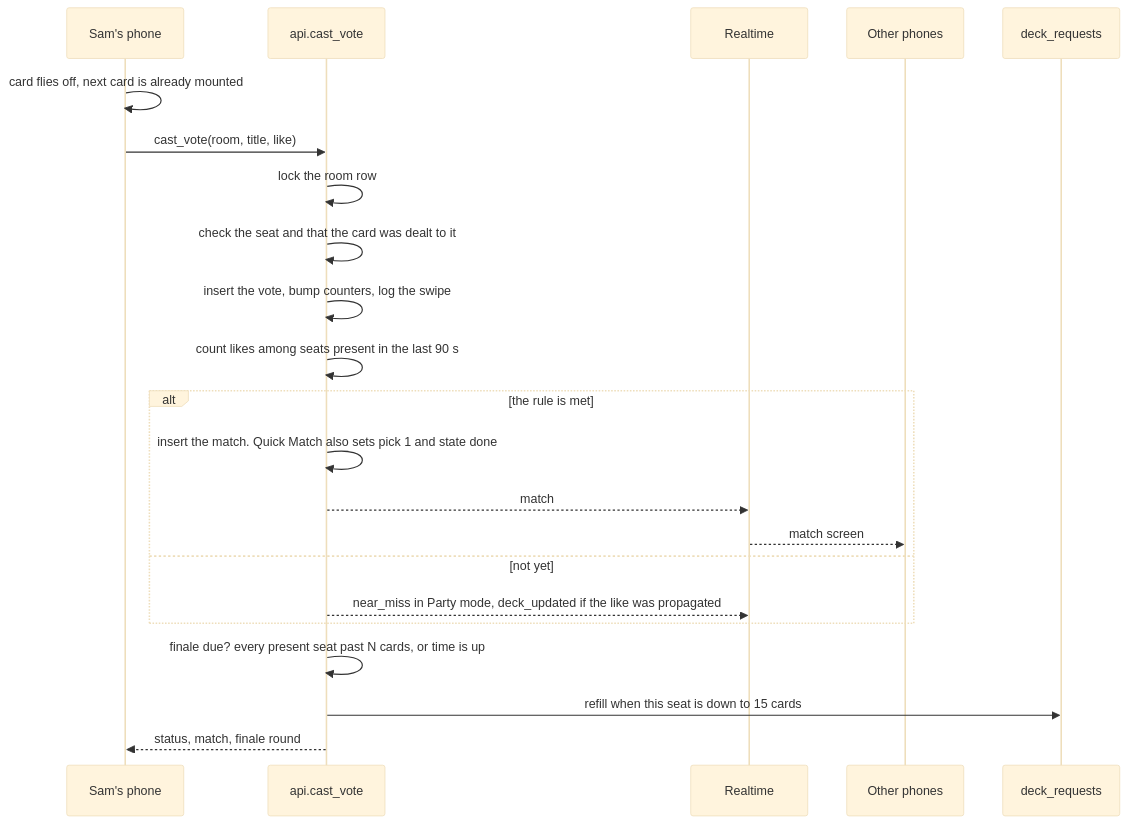
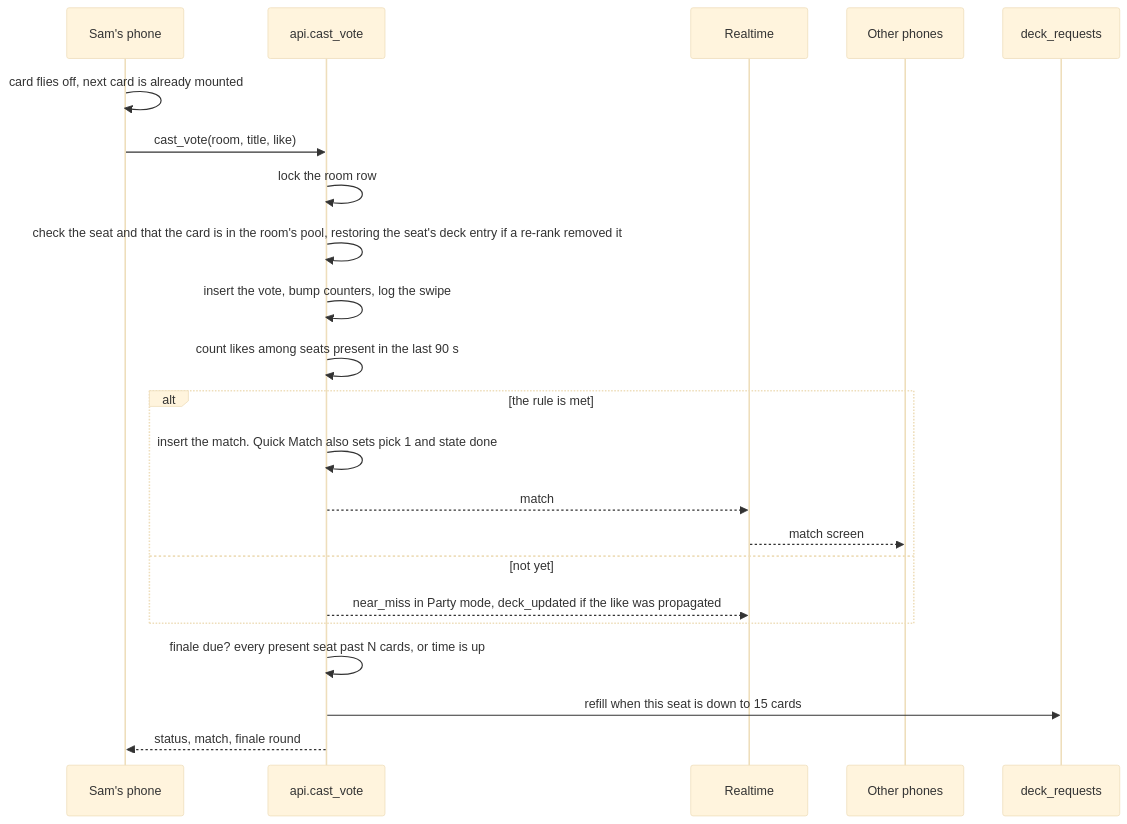
The tenth of 10 diagrams in docs/architecture/data-model.md (harryviennot/flimme), drawn with Mermaid (base theme) before and after one commit. The commit also changed 3 other files, not shown here.

First line of the commit message:
M5.7 cast_vote accepts a vote on any active pool card

````diff
--- a/docs/architecture/data-model.md
+++ b/docs/architecture/data-model.md
@@ -632,24 +632,24 @@
 ```mermaid
 sequenceDiagram
   participant P as Sam's phone
   participant DB as api.cast_vote
   participant RT as Realtime
   participant O as Other phones
   participant Q as deck_requests
   P->>P: card flies off, next card is already mounted
   P->>DB: cast_vote(room, title, like)
   DB->>DB: lock the room row
-  DB->>DB: check the seat and that the card was dealt to it
+  DB->>DB: check the seat and that the card is in the room's pool, restoring the seat's deck entry if a re-rank removed it
   DB->>DB: insert the vote, bump counters, log the swipe
   DB->>DB: count likes among seats present in the last 90 s
   alt the rule is met
     DB->>DB: insert the match. Quick Match also sets pick 1 and state done
     DB-->>RT: match
     RT-->>O: match screen
   else not yet
     DB-->>RT: near_miss in Party mode, deck_updated if the like was propagated
   end
   DB->>DB: finale due? every present seat past N cards, or time is up
   DB->>Q: refill when this seat is down to 15 cards
   DB-->>P: status, match, finale round
 ```
````
